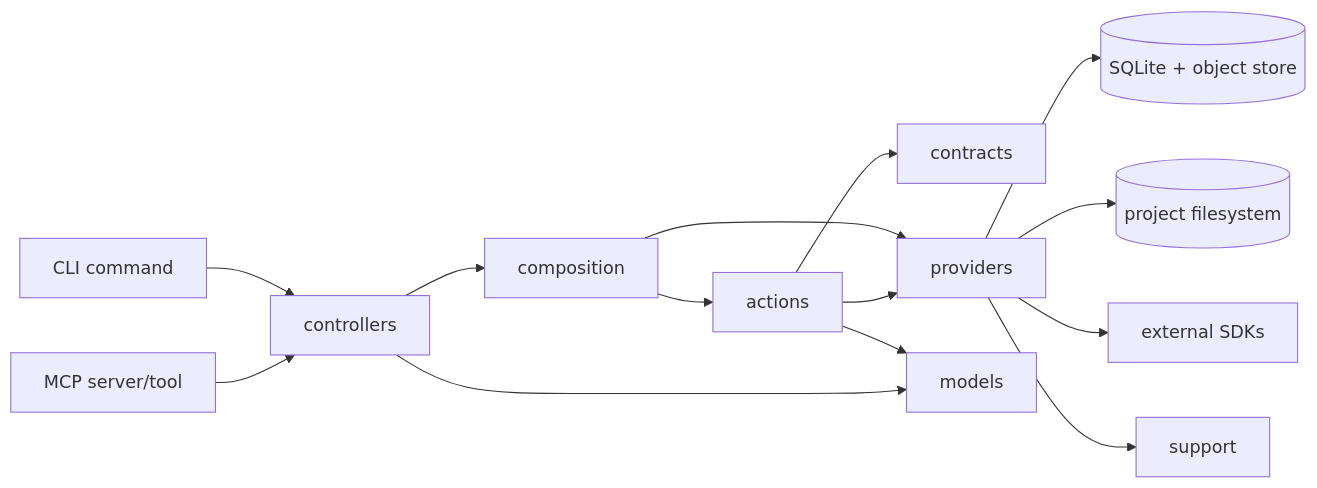
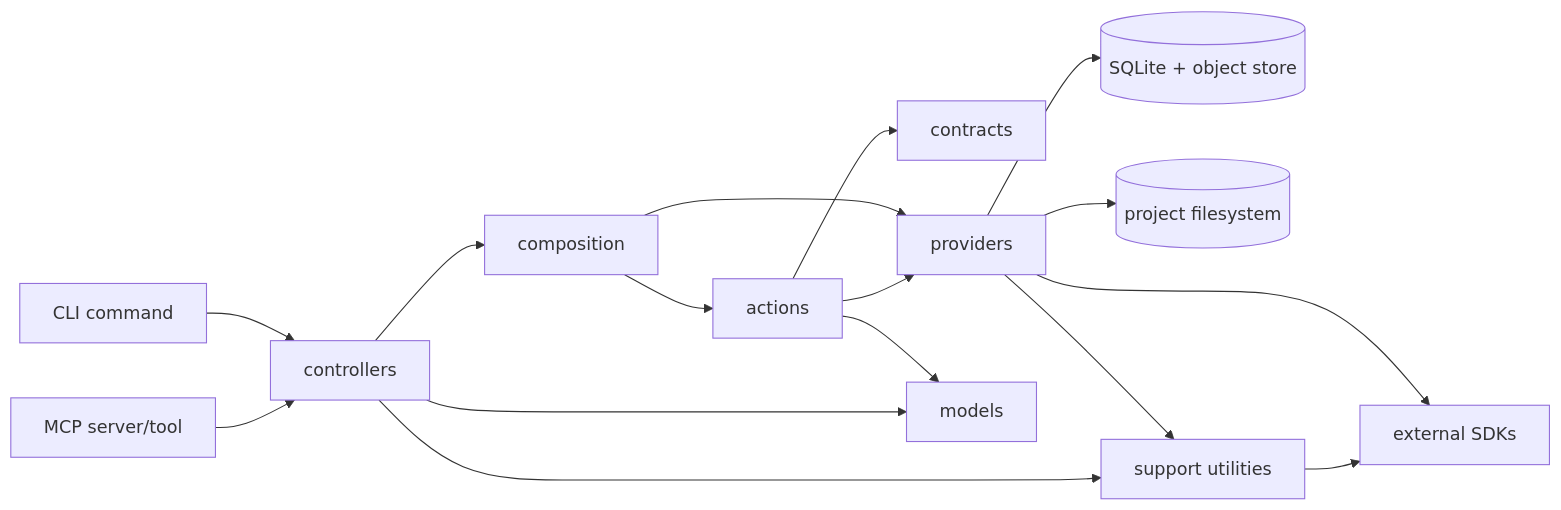
Before and after one commit to konteks/cli: the diagram in docs/development/directory-structure.md, drawn with Mermaid. The commit also changed other lines of this file and 77 other files, not shown here.

````diff
--- a/docs/development/directory-structure.md
+++ b/docs/development/directory-structure.md
@@ -22,16 +27,18 @@
 ```mermaid
 graph LR
     CLI[CLI command] --> C[controllers]
     MCP[MCP server/tool] --> C
     C --> X[composition]
     X --> A[actions]
     A --> K[contracts]
     X --> P[providers]
     A --> P
     P --> DB[(SQLite + object store)]
     P --> FS[(project filesystem)]
     P --> EXT[external SDKs]
     A --> M[models]
     C --> M
-    P --> S[support]
+    P --> S[support utilities]
+    C --> S
+    S --> EXT
 ```
````
